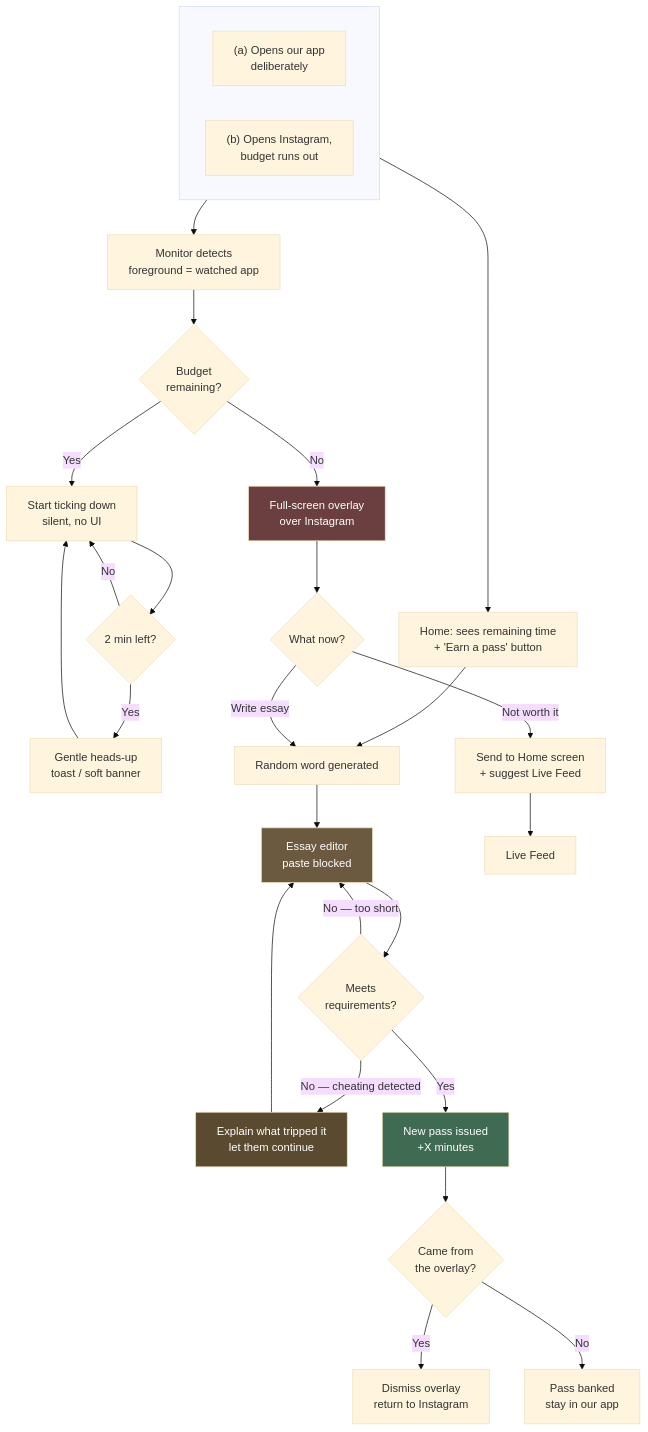
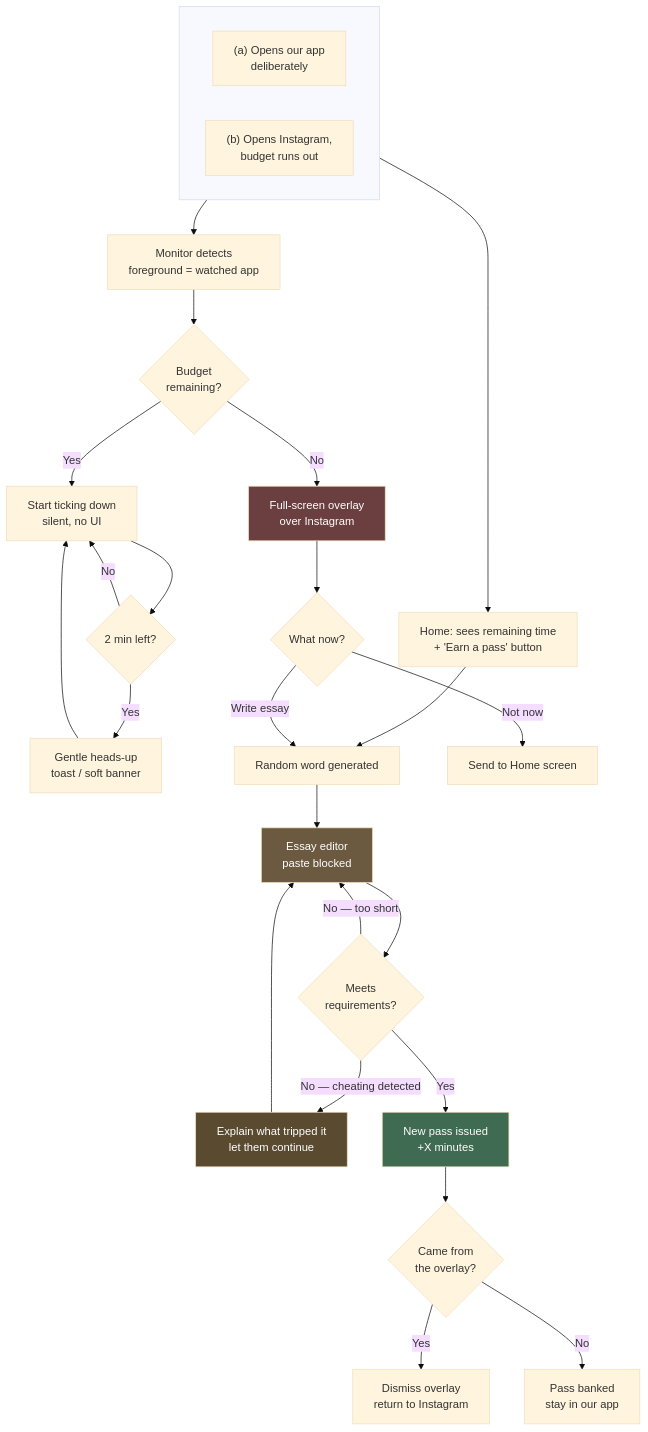
Before and after one commit to Kavana917/TouchGrass: the second of 6 diagrams in context/app_plan.md, drawn with Mermaid (base theme). The commit also changed other lines of this file and 33 other files, not shown here.

````diff
--- a/context/app_plan.md
+++ b/context/app_plan.md
@@ -114,43 +110,41 @@
 ```mermaid
 flowchart TD
     subgraph paths [" "]
         direction LR
         A["(a) Opens our app<br/>deliberately"]
         B["(b) Opens Instagram,<br/>budget runs out"]
     end
 
     A --> HOME["Home: sees remaining time<br/>+ 'Earn a pass' button"]
     B --> MON["Monitor detects<br/>foreground = watched app"]
 
     MON --> CHK{"Budget<br/>remaining?"}
     CHK -->|"Yes"| TICK["Start ticking down<br/>silent, no UI"]
     TICK --> WARN{"2 min left?"}
     WARN -->|Yes| NUDGE["Gentle heads-up<br/>toast / soft banner"]
     WARN -->|No| TICK
     NUDGE --> TICK
     CHK -->|"No"| OVL["Full-screen overlay<br/>over Instagram"]
 
     HOME --> GEN
     OVL --> DECIDE{"What now?"}
 
     DECIDE -->|"Write essay"| GEN["Random word generated"]
-    DECIDE -->|"Not worth it"| EXIT["Send to Home screen<br/>+ suggest Live Feed"]
+    DECIDE -->|"Not now"| EXIT["Send to Home screen"]
 
     GEN --> TYPE["Essay editor<br/>paste blocked"]
     TYPE --> VAL{"Meets<br/>requirements?"}
     VAL -->|"No — too short"| TYPE
     VAL -->|"No — cheating detected"| FLAG["Explain what tripped it<br/>let them continue"]
     FLAG --> TYPE
     VAL -->|"Yes"| ISSUE["New pass issued<br/>+X minutes"]
 
     ISSUE --> RET{"Came from<br/>the overlay?"}
     RET -->|Yes| BACK["Dismiss overlay<br/>return to Instagram"]
     RET -->|No| DONE["Pass banked<br/>stay in our app"]
 
-    EXIT --> LF["Live Feed"]
-
     style OVL fill:#6b3f3f,color:#fff
     style TYPE fill:#6b5a3f,color:#fff
     style ISSUE fill:#3f6b52,color:#fff
     style FLAG fill:#5a4a2f,color:#fff
 ```
````
